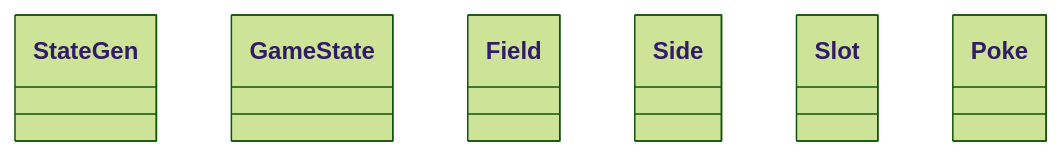
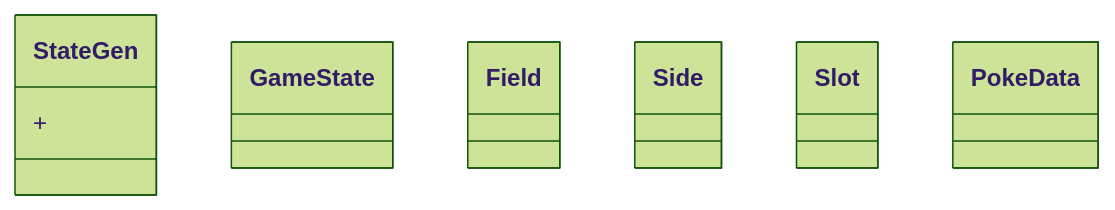
The diagram in all/Untitled.md (UtaSzane/iodraw-files), drawn with Mermaid (forest theme) before and after one commit.

Commit message:
2026-06-07 23:24:32 update

````diff
--- a/all/Untitled.md
+++ b/all/Untitled.md
@@ -1,19 +1,21 @@
 ```mermaid
 classDiagram
     class StateGen {
-
+        + 
     }  
     class GameState {
 
     }
     class Field {
 
     }
     class Side {
 
     }
     class Slot {
 
     }
-    class Poke
+    class PokeData {
+
+    }
 ```
````
